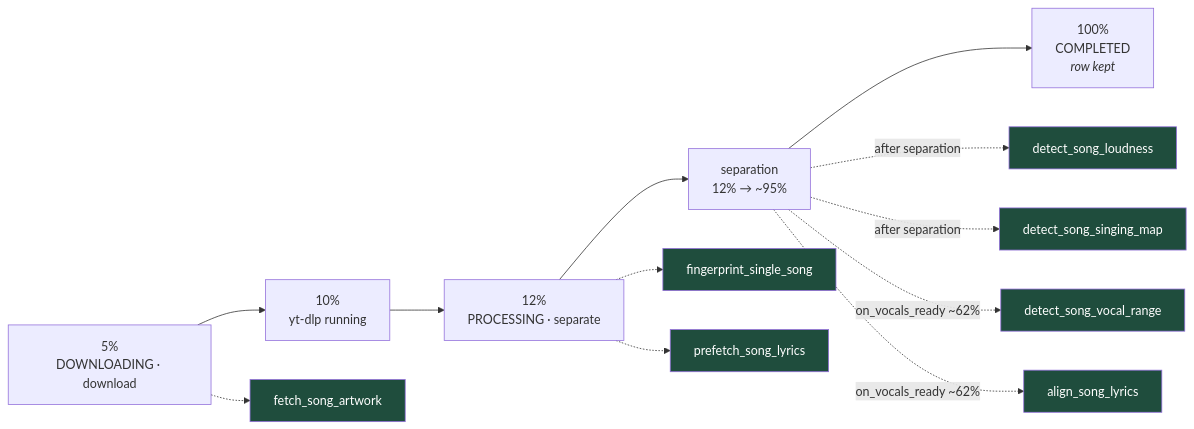
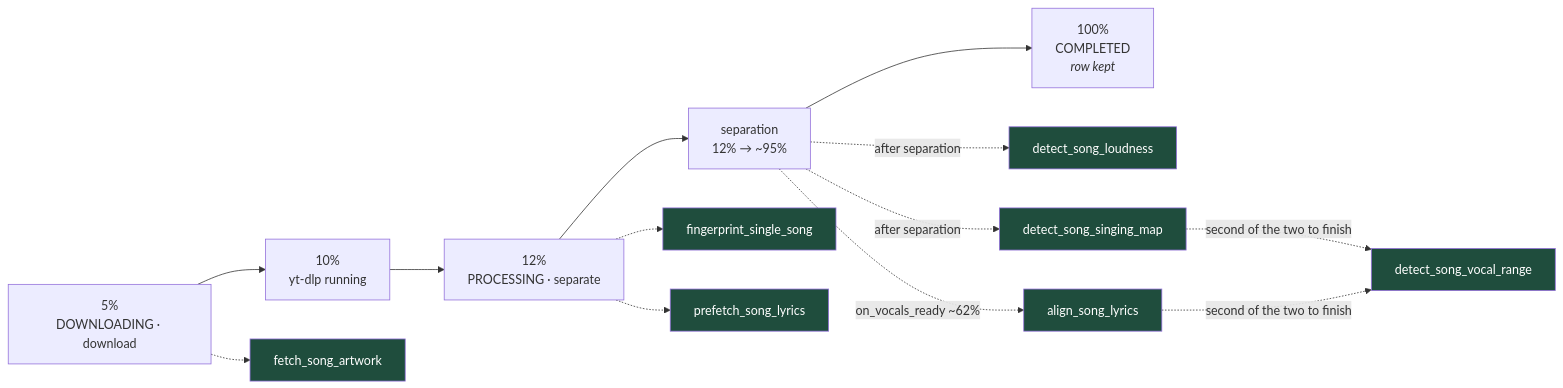
One commit to spencerfrost/open-karaoke-studio changed the fourth of 6 diagrams in docs/domains/ingestion-pipeline.md. Above: the diagram before and after it, drawn with Mermaid. The commit also changed other lines of this file and 2 other files, not shown here.

First line of the commit message:
docs(vocal-range): how the range is decided, queued and checked

````diff
--- a/docs/domains/ingestion-pipeline.md
+++ b/docs/domains/ingestion-pipeline.md
@@ -310,23 +359,24 @@
 ```mermaid
 flowchart LR
     A["5%<br/>DOWNLOADING · download"] --> B["10%<br/>yt-dlp running"]
     B --> C["12%<br/>PROCESSING · separate"]
     C --> D["separation<br/>12% → ~95%"]
     D --> E["100%<br/>COMPLETED<br/><i>row kept</i>"]
 
     A -.-> A1["fetch_song_artwork"]
     C -.-> C1["fingerprint_single_song"]
     C -.-> C3["prefetch_song_lyrics"]
     D -.->|after separation| D3["detect_song_loudness"]
     D -.->|after separation| D4["detect_song_singing_map"]
-    D -.->|on_vocals_ready ~62%| D1["detect_song_vocal_range"]
     D -.->|on_vocals_ready ~62%| D2["align_song_lyrics"]
+    D4 -.->|second of the two to finish| D1["detect_song_vocal_range"]
+    D2 -.->|second of the two to finish| D1
 
     style A1 fill:#1f4d3d,color:#fff
     style C1 fill:#1f4d3d,color:#fff
     style C3 fill:#1f4d3d,color:#fff
     style D1 fill:#1f4d3d,color:#fff
     style D2 fill:#1f4d3d,color:#fff
     style D3 fill:#1f4d3d,color:#fff
     style D4 fill:#1f4d3d,color:#fff
 ```
````
